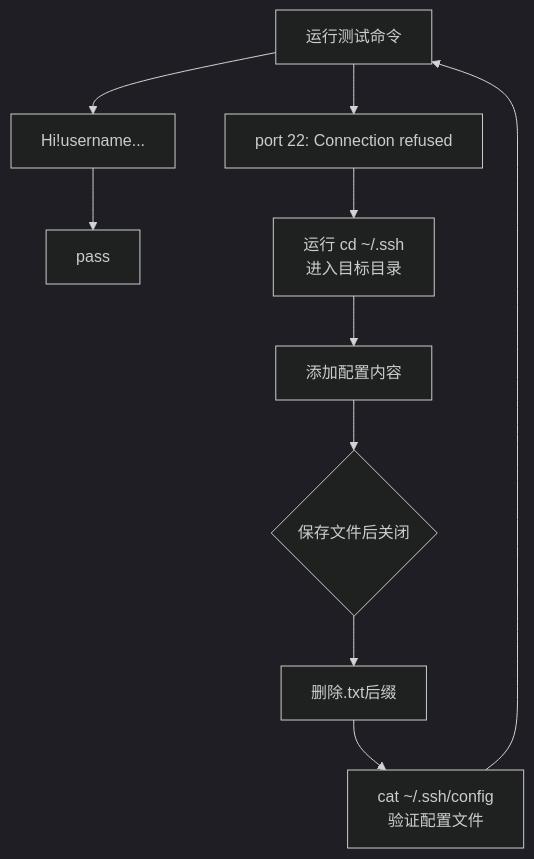
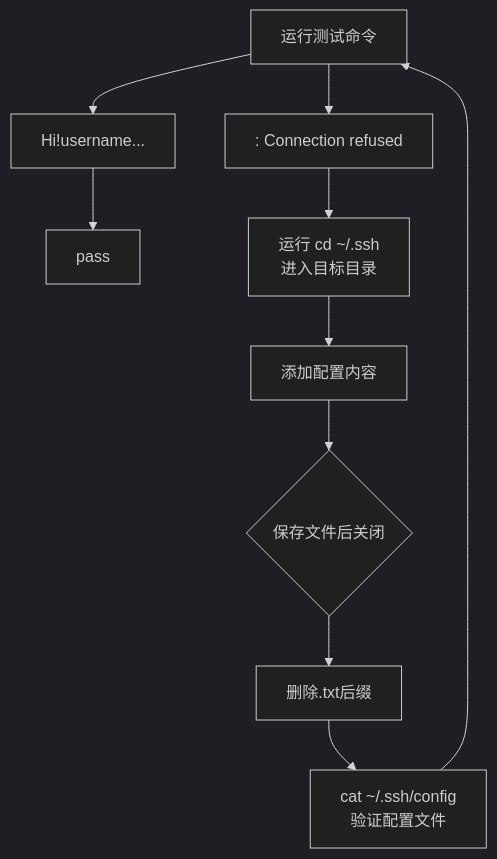
Before and after one commit to Helen115111/Helen115111.github.io: the second of 2 diagrams in SSH密钥配置与故障排查指南.md, drawn with Mermaid (dark theme). The commit also changed 1 other file, not shown here.

Commit message:
batch update

````diff
--- a/SSH密钥配置与故障排查指南.md
+++ b/SSH密钥配置与故障排查指南.md
@@ -87,13 +87,13 @@
 ```mermaid
 flowchart TD
 A[运行测试命令] --> B[Hi!username...]
 B --> D[pass]
-A --> C[port 22: Connection refused
+A --> C[: Connection refused
 ]
 C --> E[运行 cd ~/.ssh<br>进入目标目录]
 E --> G[添加配置内容]
 G --> H{保存文件后关闭}
 H --> F[删除.txt后缀]
 F --> J[cat ~/.ssh/config<br>验证配置文件]
 J --> A
 ```
````
